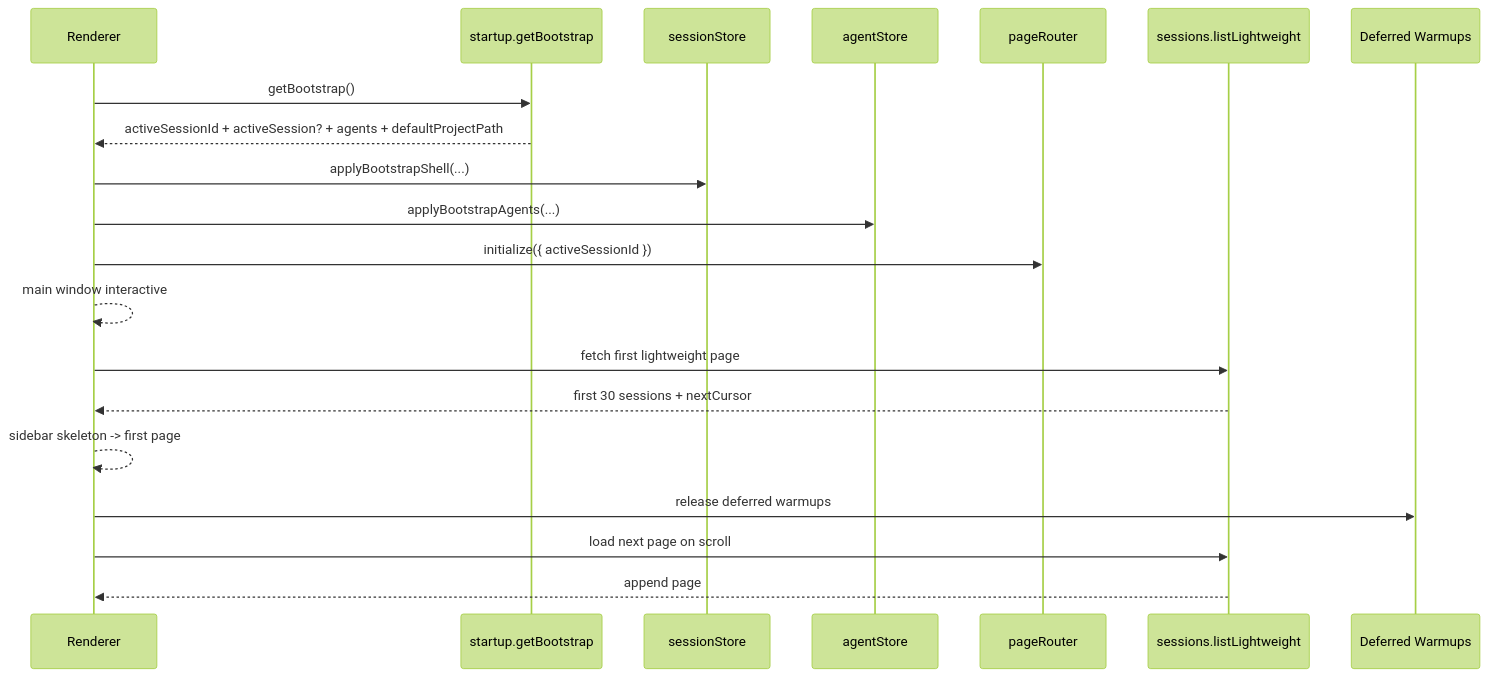
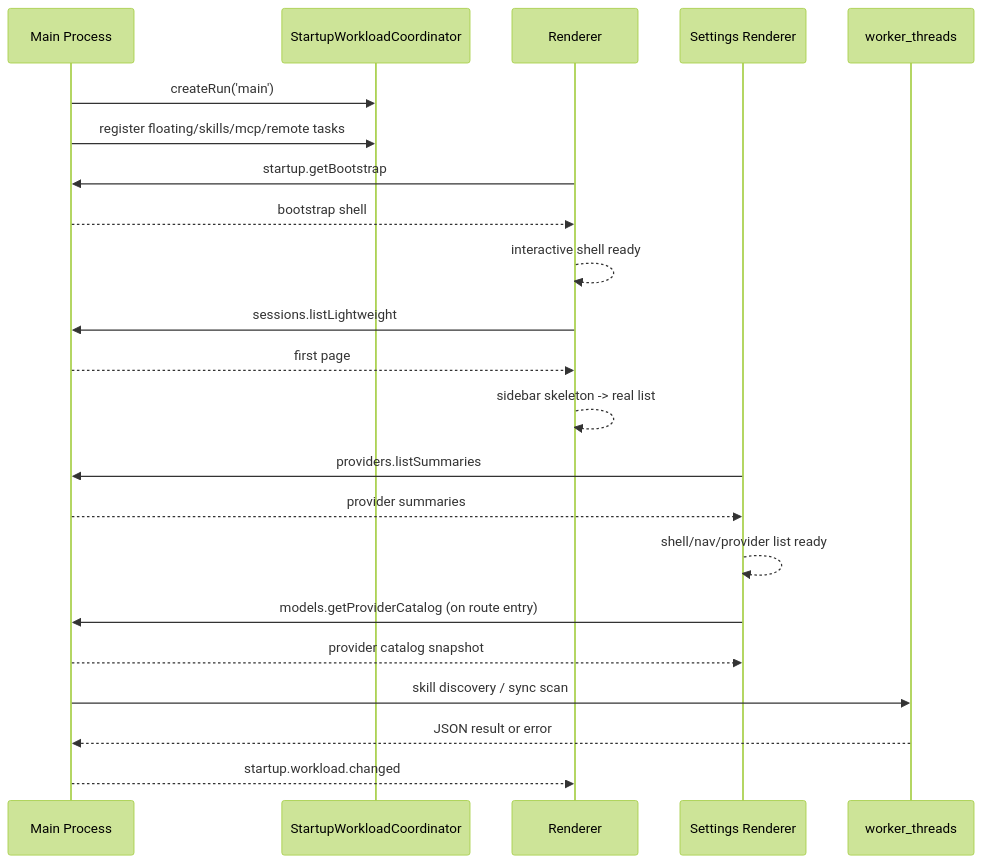
One commit to ThinkInAIXYZ/deepchat changed the diagram in docs/specs/startup-orchestration/plan.md. Above: the diagram before and after it, drawn with Mermaid (forest theme). The commit also changed other lines of this file and 56 other files, not shown here.

````diff
--- a/docs/specs/startup-orchestration/plan.md
+++ b/docs/specs/startup-orchestration/plan.md
@@ -14,23 +21,25 @@
 ```mermaid
 sequenceDiagram
-    participant R as Renderer
-    participant SR as startup.getBootstrap
-    participant SS as sessionStore
-    participant AS as agentStore
-    participant PR as pageRouter
-    participant SL as sessions.listLightweight
-    participant DW as Deferred Warmups
+    participant Main as Main Process
+    participant Coord as StartupWorkloadCoordinator
+    participant Renderer as Renderer
+    participant Settings as Settings Renderer
+    participant Worker as worker_threads
 
-    R->>SR: getBootstrap()
-    SR-->>R: activeSessionId + activeSession? + agents + defaultProjectPath
-    R->>SS: applyBootstrapShell(...)
-    R->>AS: applyBootstrapAgents(...)
-    R->>PR: initialize({ activeSessionId })
-    R-->>R: main window interactive
-    R->>SL: fetch first lightweight page
-    SL-->>R: first 30 sessions + nextCursor
-    R-->>R: sidebar skeleton -> first page
-    R->>DW: release deferred warmups
-    R->>SL: load next page on scroll
-    SL-->>R: append page
+    Main->>Coord: createRun('main')
+    Main->>Coord: register floating/skills/mcp/remote tasks
+    Renderer->>Main: startup.getBootstrap
+    Main-->>Renderer: bootstrap shell
+    Renderer-->>Renderer: interactive shell ready
+    Renderer->>Main: sessions.listLightweight
+    Main-->>Renderer: first page
+    Renderer-->>Renderer: sidebar skeleton -> real list
+    Settings->>Main: providers.listSummaries
+    Main-->>Settings: provider summaries
+    Settings-->>Settings: shell/nav/provider list ready
+    Settings->>Main: models.getProviderCatalog (on route entry)
+    Main-->>Settings: provider catalog snapshot
+    Main->>Worker: skill discovery / sync scan
+    Worker-->>Main: JSON result or error
+    Main-->>Renderer: startup.workload.changed
 ```
````
